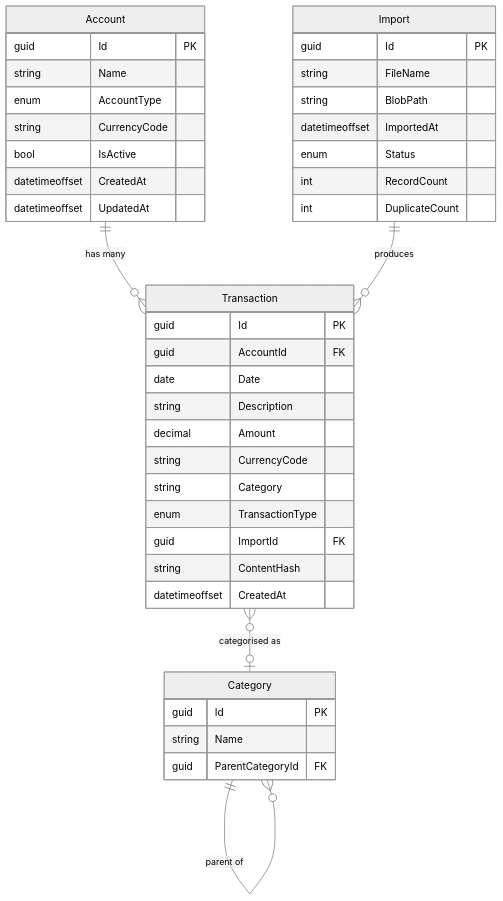
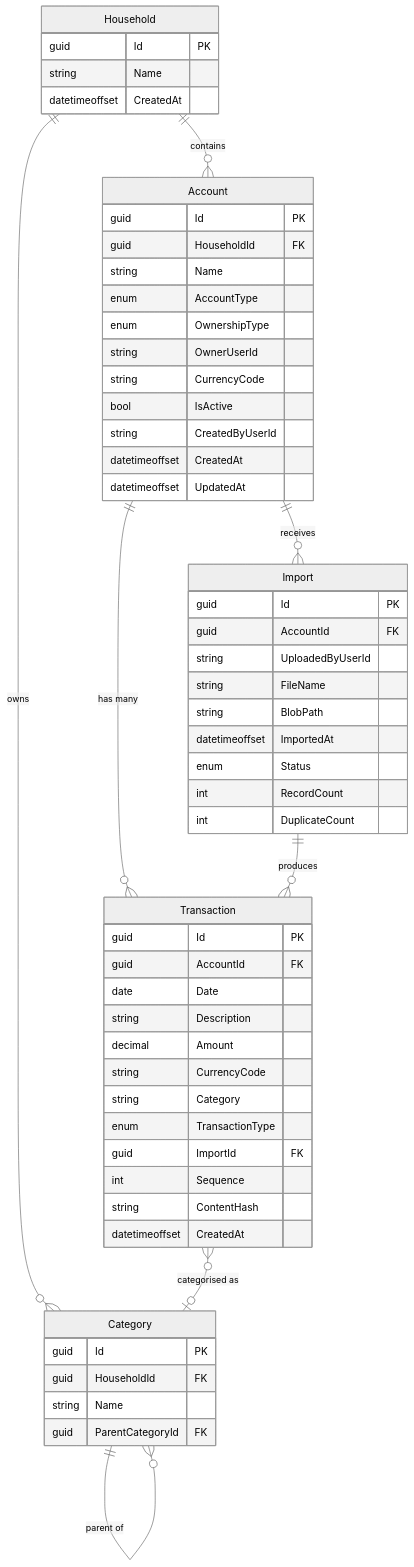
The second of 2 diagrams in docs/data-model.md (hardiktrivedi182/FinanceTracker), drawn with Mermaid (neutral theme) before and after one commit. The commit also changed other lines of this file and 30 other files, not shown here.

````diff
--- a/docs/data-model.md
+++ b/docs/data-model.md
@@ -125,47 +183,64 @@
 ```mermaid
 erDiagram
-    Account ||--o{ Transaction : "has many"
-    Import  ||--o{ Transaction : "produces"
-    Category ||--o{ Category   : "parent of"
-    Transaction }o--o| Category : "categorised as"
+    Household ||--o{ Account     : "contains"
+    Household ||--o{ Category    : "owns"
+    Account   ||--o{ Transaction : "has many"
+    Account   ||--o{ Import      : "receives"
+    Import    ||--o{ Transaction : "produces"
+    Category  ||--o{ Category    : "parent of"
+    Transaction }o--o| Category  : "categorised as"
+
+    Household {
+        guid   Id PK
+        string Name
+        datetimeoffset CreatedAt
+    }
 
     Account {
         guid   Id PK
+        guid   HouseholdId FK
         string Name
         enum   AccountType
+        enum   OwnershipType
+        string OwnerUserId
         string CurrencyCode
         bool   IsActive
+        string CreatedByUserId
         datetimeoffset CreatedAt
         datetimeoffset UpdatedAt
     }
 
     Transaction {
         guid   Id PK
         guid   AccountId FK
         date   Date
         string Description
         decimal Amount
         string CurrencyCode
         string Category
         enum   TransactionType
         guid   ImportId FK
+        int    Sequence
         string ContentHash
         datetimeoffset CreatedAt
     }
 
     Import {
         guid   Id PK
+        guid   AccountId FK
+        string UploadedByUserId
         string FileName
         string BlobPath
         datetimeoffset ImportedAt
         enum   Status
         int    RecordCount
         int    DuplicateCount
     }
 
     Category {
         guid   Id PK
+        guid   HouseholdId FK
         string Name
         guid   ParentCategoryId FK
     }
 ```
````
